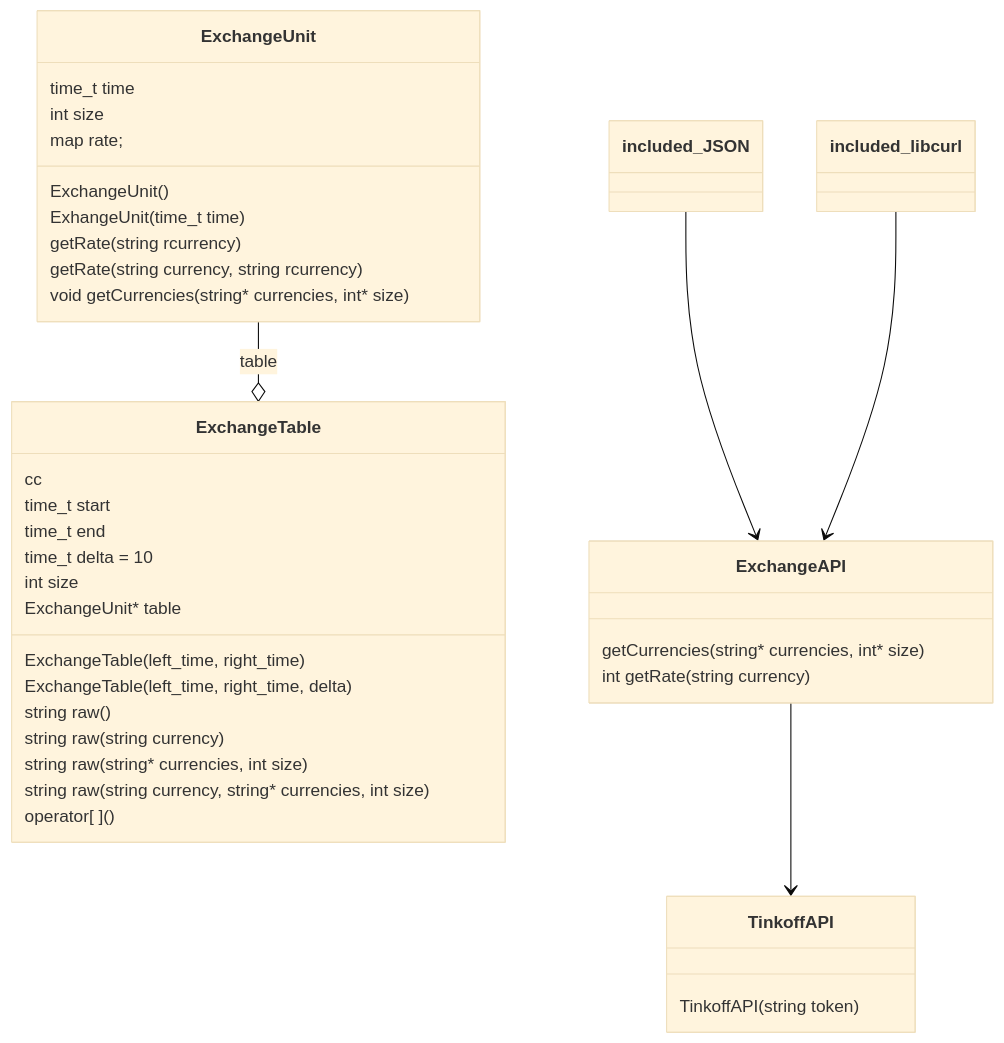
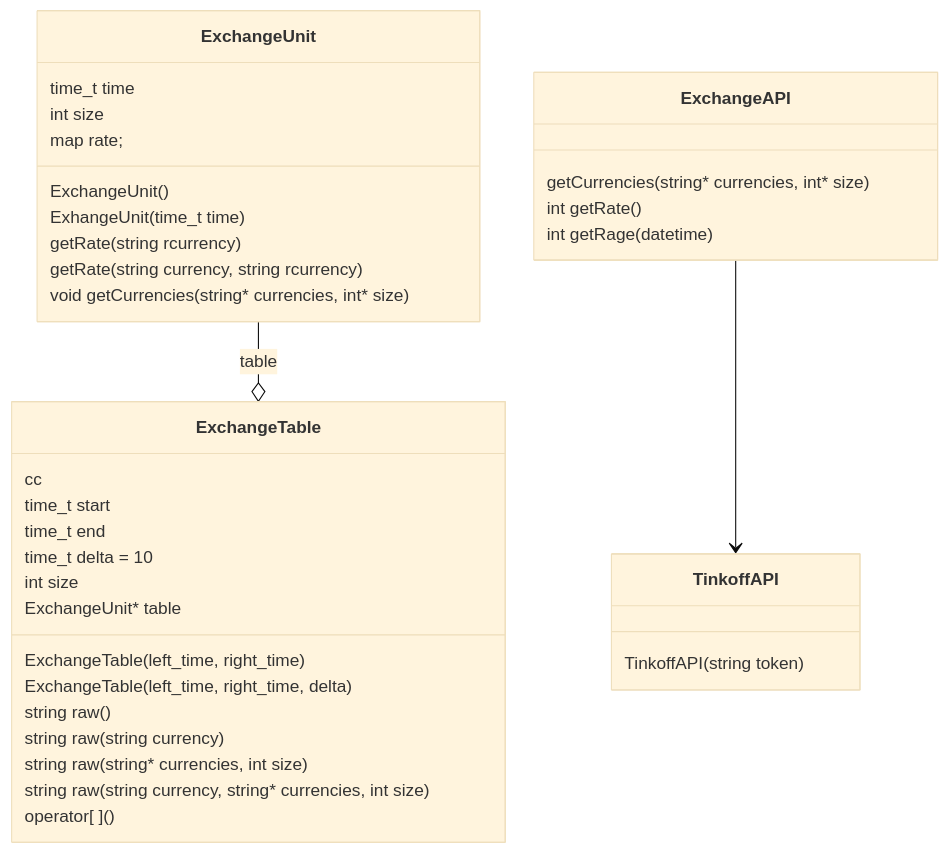
The diagram in README.md (valyankilyan/Exchange-rate), drawn with Mermaid (base theme) before and after one commit. The commit also changed 106 other files, not shown here.

````diff
--- a/README.md
+++ b/README.md
@@ -40,51 +40,50 @@
 ``` mermaid
     classDiagram
     class  ExchangeUnit {
         ExchangeUnit()
         ExhangeUnit(time_t time)
 
         getRate(string rcurrency)
         getRate(string currency, string rcurrency)
 
         void getCurrencies(string* currencies, int* size)
 
         time_t time
         int size
         map <string, int> rate;
     }
 
     class ExchangeTable {
         ExchangeTable(left_time, right_time)
         ExchangeTable(left_time, right_time, delta)
 
         string raw()
         string raw(string currency)
         string raw(string* currencies, int size)
         string raw(string currency, string* currencies, int size)
         cc
 
         operator[ ]()
 
         time_t start
         time_t end
         time_t delta = 10
         int size
         ExchangeUnit* table
     }
 
     class ExchangeAPI {
         getCurrencies(string* currencies, int* size)
-        int getRate(string currency)
+        int getRate()
+        int getRage(datetime)
     }
 
     class TinkoffAPI {
         TinkoffAPI(string token)
     }
 
-    included_JSON --> ExchangeAPI 
-    included_libcurl --> ExchangeAPI
     ExchangeAPI --> TinkoffAPI
     
 
     ExchangeUnit --o ExchangeTable : table
 ```
````
